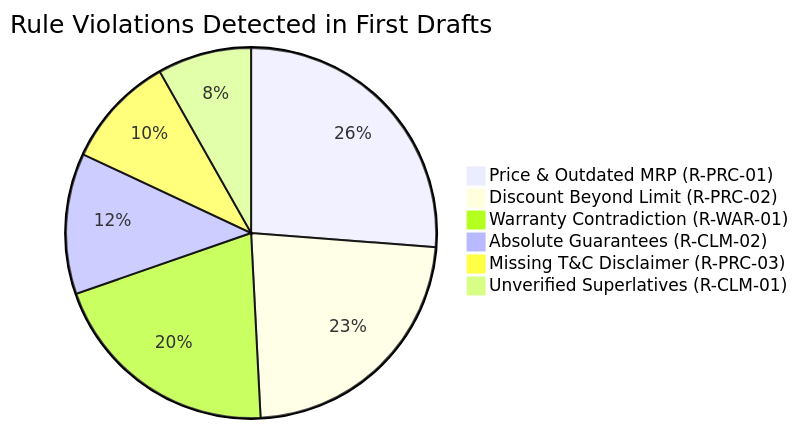
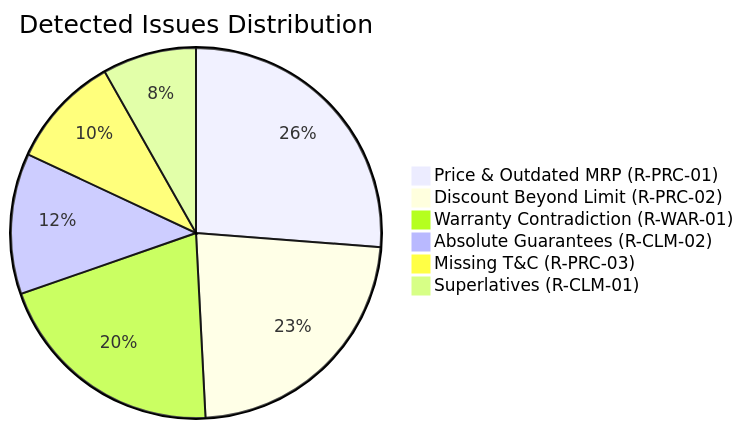
One commit to mahik2007/BrandProof-AI changed the second of 5 diagrams in README.md. Above: the diagram before and after it, drawn with Mermaid. The commit also changed other lines of this file and 2 other files, not shown here.

````diff
--- a/README.md
+++ b/README.md
@@ -46,9 +61,9 @@
 ```mermaid
-pie title Rule Violations Detected in First Drafts
+pie title Detected Issues Distribution
     "Price & Outdated MRP (R-PRC-01)" : 32
     "Discount Beyond Limit (R-PRC-02)" : 28
     "Warranty Contradiction (R-WAR-01)" : 25
     "Absolute Guarantees (R-CLM-02)" : 15
-    "Missing T&C Disclaimer (R-PRC-03)" : 12
-    "Unverified Superlatives (R-CLM-01)" : 10
+    "Missing T&C (R-PRC-03)" : 12
+    "Superlatives (R-CLM-01)" : 10
 ```
````
